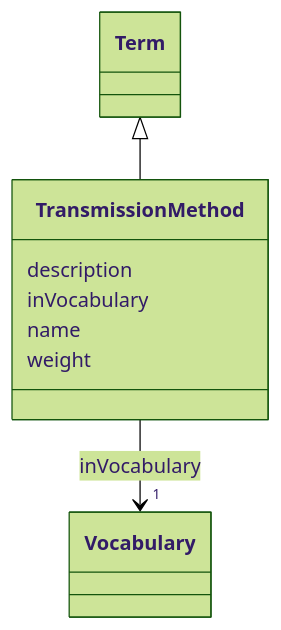
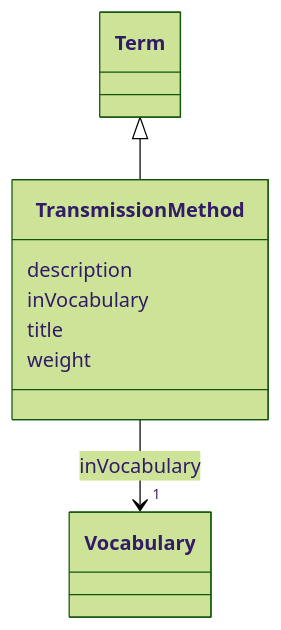
Before and after one commit to EVORA-project/evora-ontology: the diagram in models/docs/TransmissionMethod.md, drawn with Mermaid (forest theme). The commit also changed other lines of this file and 435 other files, not shown here.

````diff
--- a/models/docs/TransmissionMethod.md
+++ b/models/docs/TransmissionMethod.md
@@ -19,24 +19,24 @@
 ```mermaid
  classDiagram
     class TransmissionMethod
     click TransmissionMethod href "../TransmissionMethod"
       Term <|-- TransmissionMethod
         click Term href "../Term"
       
       TransmissionMethod : description
         
       TransmissionMethod : inVocabulary
         
           
     
     
     TransmissionMethod --> "1" Vocabulary : inVocabulary
     click Vocabulary href "../Vocabulary"
 
         
-      TransmissionMethod : name
+      TransmissionMethod : title
         
       TransmissionMethod : weight
         
       
 ```
````
